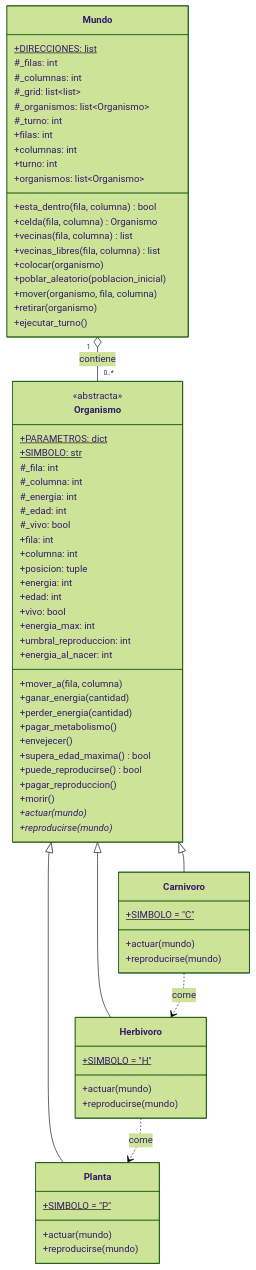
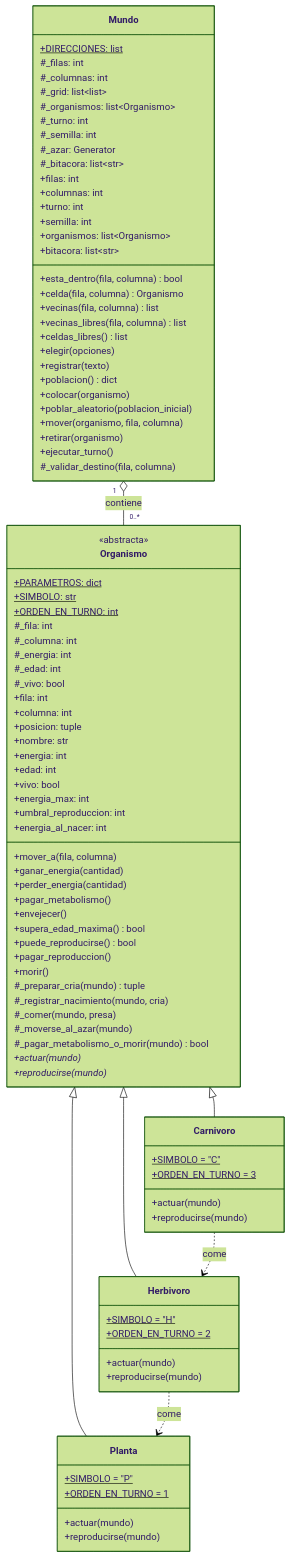
One commit to torrez-style/ecosistema-simulado changed the diagram in docs/diagrama_clases.md. Above: the diagram before and after it, drawn with Mermaid (forest theme). The commit also changed 11 other files, not shown here.

```diff
--- a/docs/diagrama_clases.md
+++ b/docs/diagrama_clases.md
@@ -11,6 +11,7 @@
         <<abstracta>>
         +PARAMETROS: dict$
         +SIMBOLO: str$
+        +ORDEN_EN_TURNO: int$
         #_fila: int
         #_columna: int
         #_energia: int
@@ -19,6 +20,7 @@
         +fila: int
         +columna: int
         +posicion: tuple
+        +nombre: str
         +energia: int
         +edad: int
         +vivo: bool
@@ -34,24 +36,32 @@
         +puede_reproducirse() bool
         +pagar_reproduccion()
         +morir()
+        #_preparar_cria(mundo) tuple
+        #_registrar_nacimiento(mundo, cria)
+        #_comer(mundo, presa)
+        #_moverse_al_azar(mundo)
+        #_pagar_metabolismo_o_morir(mundo) bool
         +actuar(mundo)*
         +reproducirse(mundo)*
     }
 
     class Planta {
         +SIMBOLO = "P"$
+        +ORDEN_EN_TURNO = 1$
         +actuar(mundo)
         +reproducirse(mundo)
     }
 
     class Herbivoro {
         +SIMBOLO = "H"$
+        +ORDEN_EN_TURNO = 2$
         +actuar(mundo)
         +reproducirse(mundo)
     }
 
     class Carnivoro {
         +SIMBOLO = "C"$
+        +ORDEN_EN_TURNO = 3$
         +actuar(mundo)
         +reproducirse(mundo)
     }
@@ -63,19 +73,29 @@
         #_grid: list~list~
         #_organismos: list~Organismo~
         #_turno: int
+        #_semilla: int
+        #_azar: Generator
+        #_bitacora: list~str~
         +filas: int
         +columnas: int
         +turno: int
+        +semilla: int
         +organismos: list~Organismo~
+        +bitacora: list~str~
         +esta_dentro(fila, columna) bool
         +celda(fila, columna) Organismo
         +vecinas(fila, columna) list
         +vecinas_libres(fila, columna) list
+        +celdas_libres() list
+        +elegir(opciones)
+        +registrar(texto)
+        +poblacion() dict
         +colocar(organismo)
         +poblar_aleatorio(poblacion_inicial)
         +mover(organismo, fila, columna)
         +retirar(organismo)
         +ejecutar_turno()
+        #_validar_destino(fila, columna)
     }
 
     Organismo <|-- Planta
```
